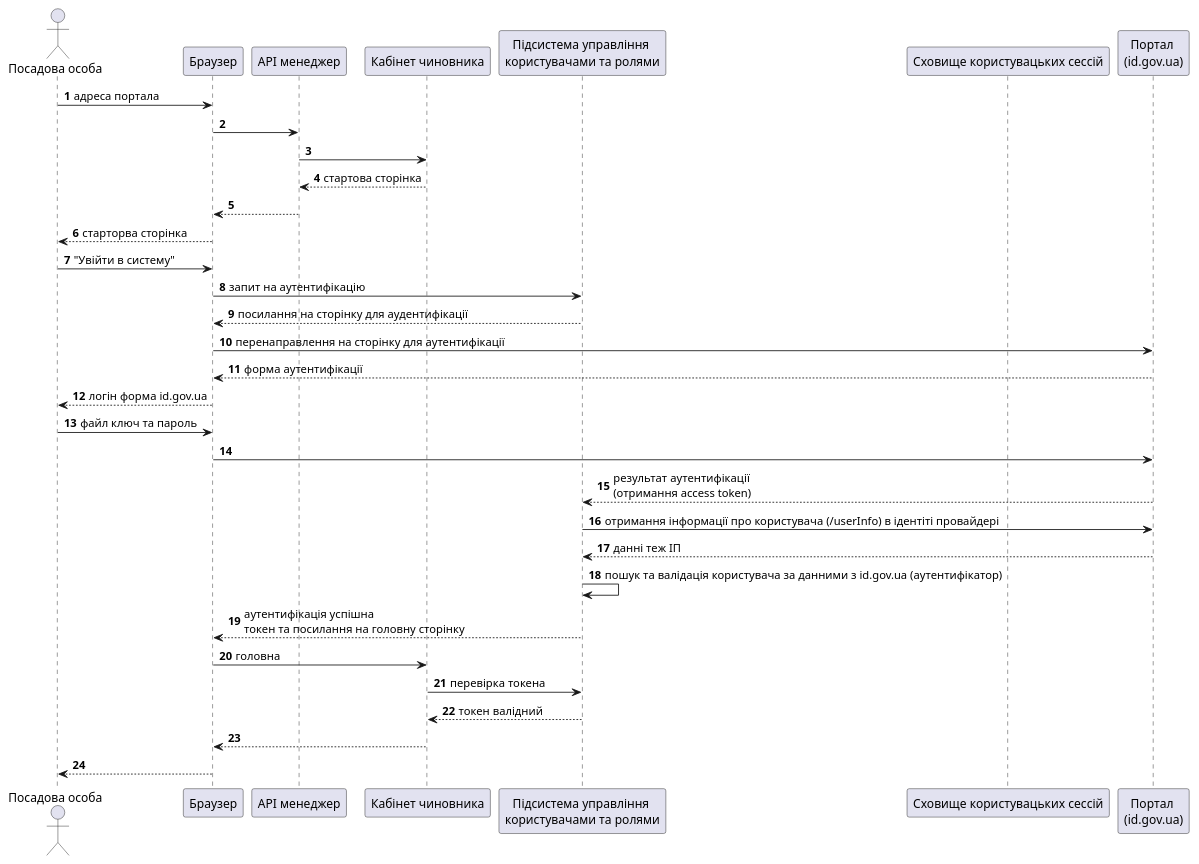
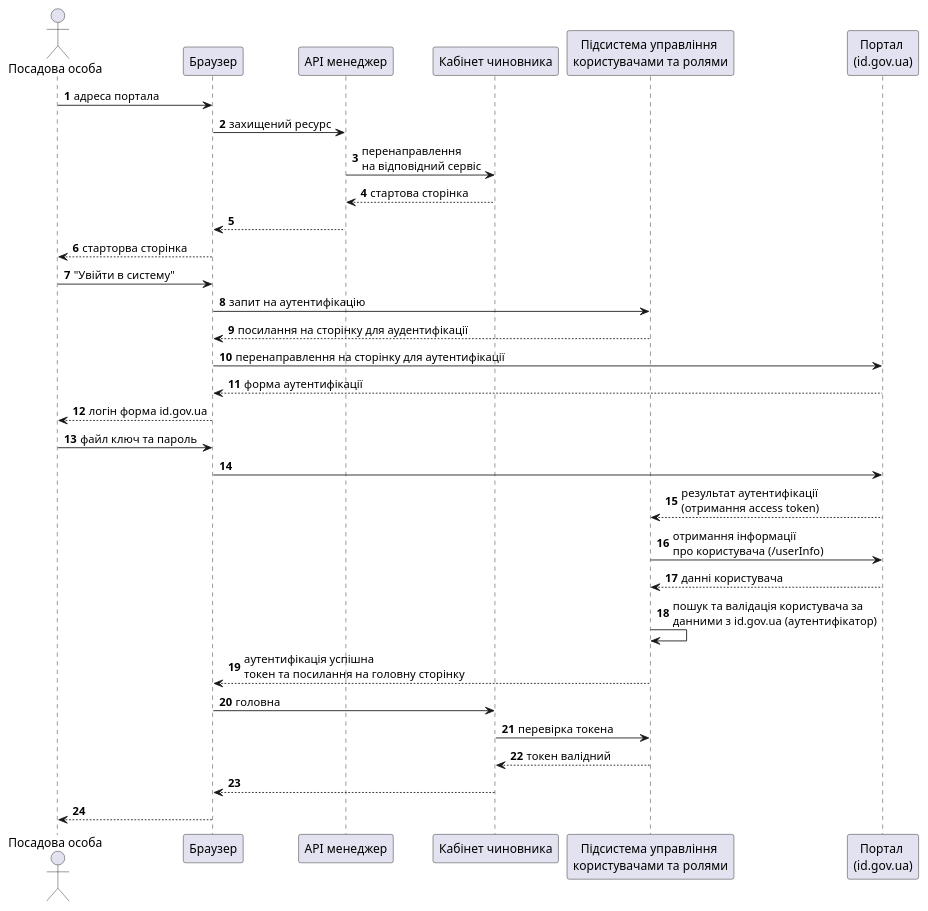
Before and after one commit to epam/edp-ddm-architecture: the first of 2 diagrams in modules/arch/pages/architecture-workspace/platform-evolution/id-gov-ua-flow.adoc, drawn with PlantUML. The commit also changed other lines of this file and 5 other files, not shown here.

```diff
--- a/modules/arch/pages/architecture-workspace/platform-evolution/id-gov-ua-flow.adoc
+++ b/modules/arch/pages/architecture-workspace/platform-evolution/id-gov-ua-flow.adoc
@@ -29,42 +21,44 @@
 [plantuml, flow, svg]
 ----
+@startuml
 autonumber
 actor "Посадова особа" as officer
 participant "Браузер" as browser
 participant "API менеджер" as api
 participant "Кабінет чиновника" as portal
 participant "Підсистема управління \nкористувачами та ролями" as key
-participant "Сховище користувацьких сессій" as storage
+
 participant "Портал \n(id.gov.ua)" as idgov
 
 officer -> browser: адреса портала
-browser -> api
-api -> portal
+browser -> api: захищений ресурс
+api -> portal: перенаправлення\nна відповідний сервіс
 return стартова сторінка
 api --> browser
 browser --> officer: старторва сторінка
 
 officer -> browser: "Увійти в систему"
 browser -> key: запит на аутентифікацію
 
 return посилання на сторінку для аудентифікації
 browser -> idgov: перенаправлення на сторінку для аутентифікації
 return форма аутентифікації
 browser --> officer: логін форма id.gov.ua
 
 officer -> browser: файл ключ та пароль
 browser -> idgov
 
 idgov --> key: результат аутентифікації\n(отримання access token)
 
-key -> idgov: отримання інформації про користувача (/userInfo) в ідентіті провайдері
-return данні теж ІП
+key -> idgov: отримання інформації \nпро користувача (/userInfo)
+return данні користувача
 
-key -> key: пошук та валідація користувача за данними з id.gov.ua (аутентифікатор)
+key -> key: пошук та валідація користувача за\nданними з id.gov.ua (аутентифікатор)
 key --> browser: аутентифікація успішна\nтокен та посилання на головну сторінку
 browser -> portal: головна
 portal -> key: перевірка токена
 return токен валідний
 portal --> browser
-browser --> officer:
+browser --> officer
+@enduml
 ----
```
